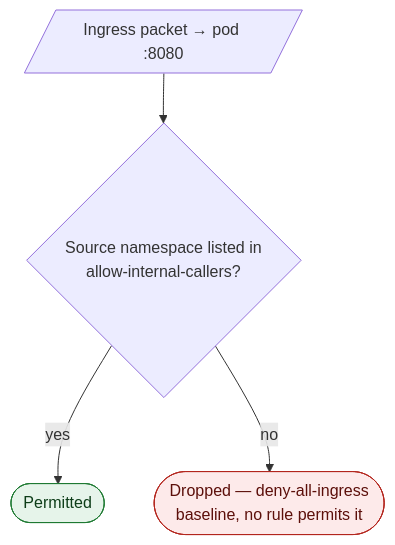
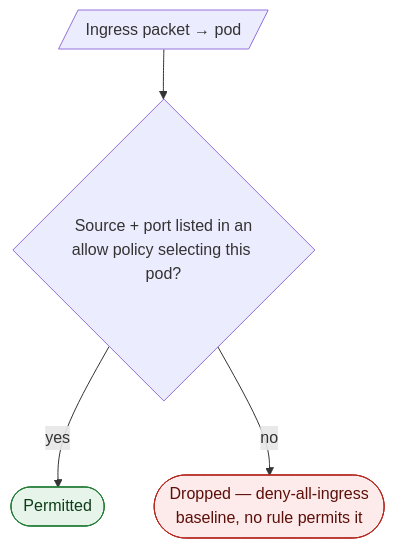
Before and after one commit to duynhlab/homelab: the first of 3 diagrams in docs/security/network-policies.md, drawn with Mermaid. The commit also changed other lines of this file and 17 other files, not shown here.

````diff
--- a/docs/security/network-policies.md
+++ b/docs/security/network-policies.md
@@ -40,9 +56,9 @@
 ```mermaid
 flowchart TD
-    PKT[/"Ingress packet → pod :8080"/] --> Q{"Source namespace listed in<br/>allow-internal-callers?"}
+    PKT[/"Ingress packet → pod"/] --> Q{"Source + port listed in an<br/>allow policy selecting this pod?"}
     Q -->|yes| OK(["Permitted"]):::ok
     Q -->|no| DROP(["Dropped — deny-all-ingress<br/>baseline, no rule permits it"]):::no
 
     classDef ok fill:#e6f4ea,stroke:#1f7a33,color:#0d3d18
     classDef no fill:#fdeaea,stroke:#b3261e,color:#5c0f0a
 ```
````
